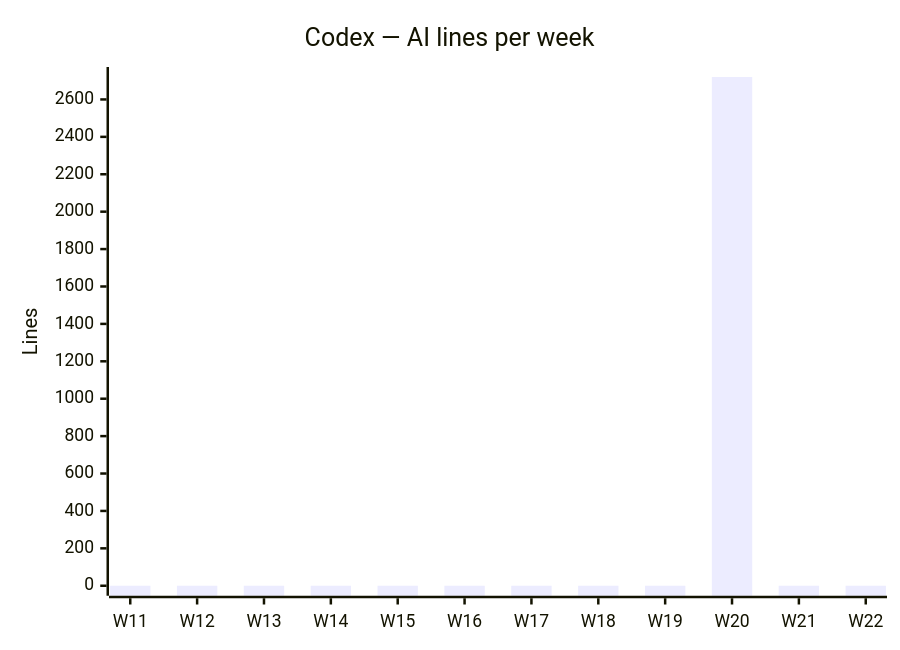
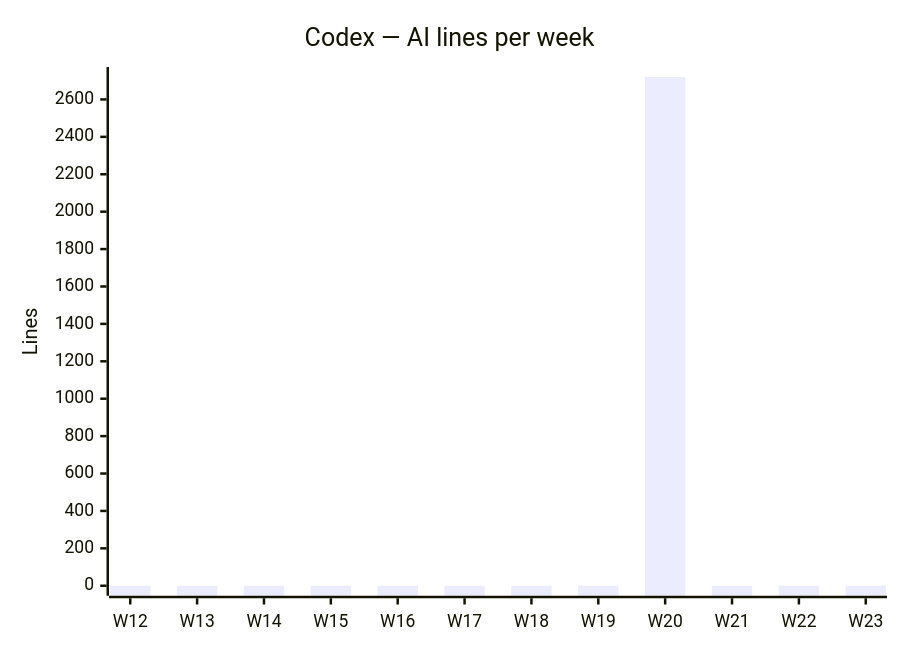
Before and after one commit to fromwaydowntown/ai-use: the third of 4 diagrams in docs/AI_USAGE.md, drawn with Mermaid. The commit also changed other lines of this file, not shown here.

````diff
--- a/docs/AI_USAGE.md
+++ b/docs/AI_USAGE.md
@@ -39,7 +39,7 @@
 ```mermaid
 xychart-beta
     title "Codex — AI lines per week"
-    x-axis ["W11", "W12", "W13", "W14", "W15", "W16", "W17", "W18", "W19", "W20", "W21", "W22"]
+    x-axis ["W12", "W13", "W14", "W15", "W16", "W17", "W18", "W19", "W20", "W21", "W22", "W23"]
     y-axis "Lines"
-    bar [0, 0, 0, 0, 0, 0, 0, 0, 0, 2720, 0, 0]
+    bar [0, 0, 0, 0, 0, 0, 0, 0, 2720, 0, 0, 0]
 ```
````
